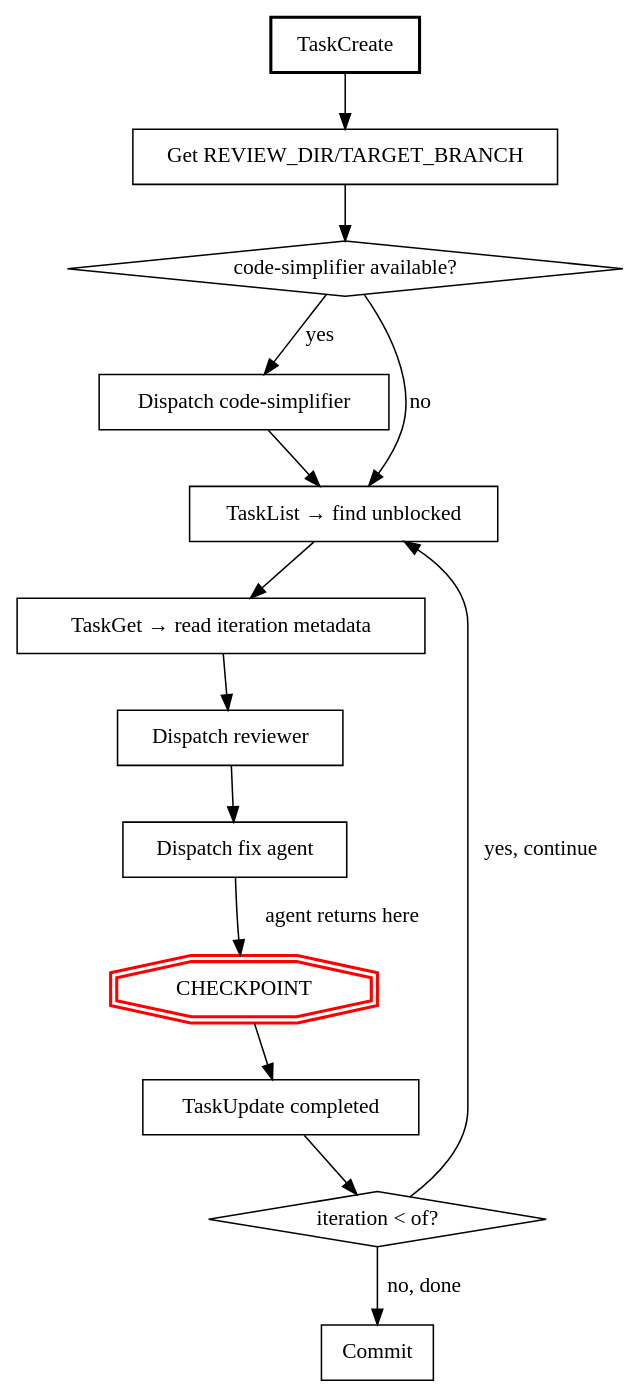
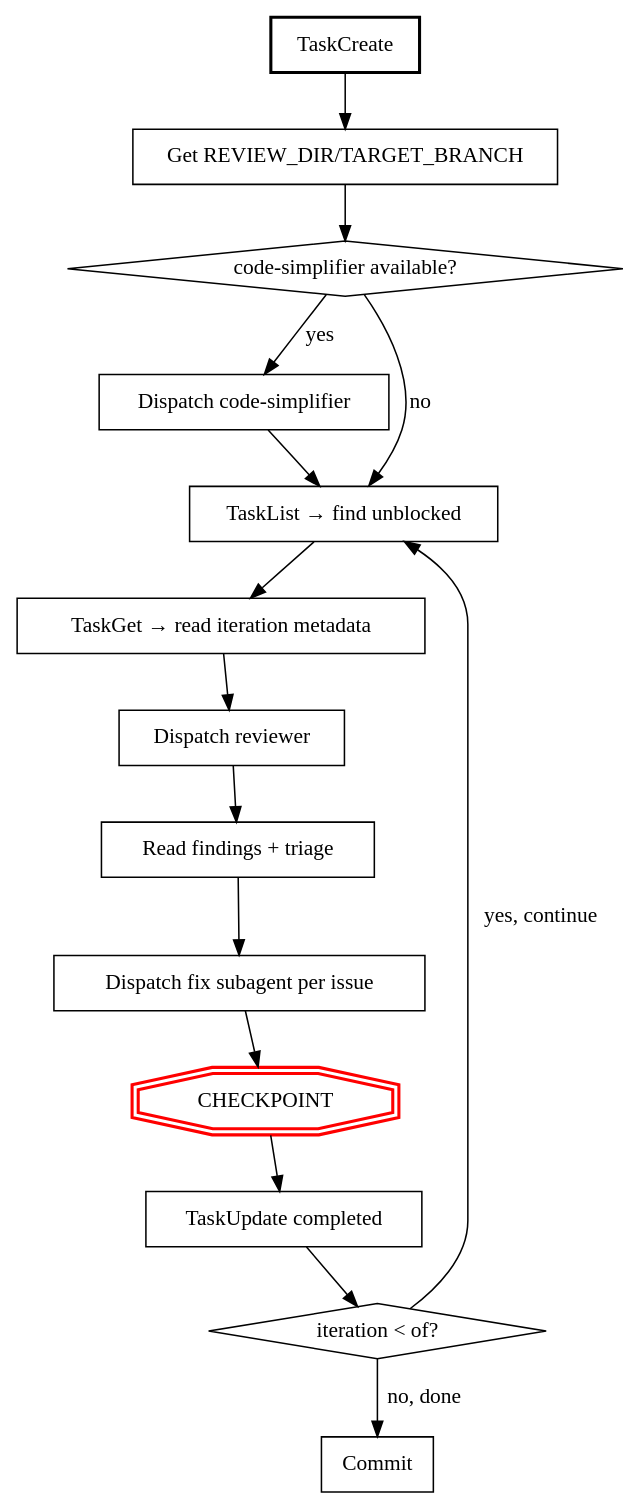
Before and after one commit to onsails/cc: the diagram in review-loop/skills/review-loop/SKILL.md, drawn with Graphviz. The commit also changed other lines of this file and 1 other file, not shown here.

First line of the commit message:
refactor(review-loop): eliminate fix coordinator, dispatch fixes from main context

````diff
--- a/review-loop/skills/review-loop/SKILL.md
+++ b/review-loop/skills/review-loop/SKILL.md
@@ -65,31 +65,33 @@
 ```dot
 digraph review_loop {
     rankdir=TB;
     "TaskCreate" [shape=box, style=bold];
     "Get REVIEW_DIR/TARGET_BRANCH" [shape=box];
     "code-simplifier available?" [shape=diamond];
     "Dispatch code-simplifier" [shape=box];
     "TaskList → find unblocked" [shape=box];
     "TaskGet → read iteration metadata" [shape=box];
     "Dispatch reviewer" [shape=box];
-    "Dispatch fix agent" [shape=box];
+    "Read findings + triage" [shape=box];
+    "Dispatch fix subagent per issue" [shape=box];
     "CHECKPOINT" [shape=doubleoctagon, style=bold, color=red];
     "TaskUpdate completed" [shape=box];
     "iteration < of?" [shape=diamond];
     "Commit" [shape=box];
 
     "TaskCreate" -> "Get REVIEW_DIR/TARGET_BRANCH";
     "Get REVIEW_DIR/TARGET_BRANCH" -> "code-simplifier available?";
     "code-simplifier available?" -> "Dispatch code-simplifier" [label="yes"];
     "code-simplifier available?" -> "TaskList → find unblocked" [label="no"];
     "Dispatch code-simplifier" -> "TaskList → find unblocked";
     "TaskList → find unblocked" -> "TaskGet → read iteration metadata";
     "TaskGet → read iteration metadata" -> "Dispatch reviewer";
-    "Dispatch reviewer" -> "Dispatch fix agent";
-    "Dispatch fix agent" -> "CHECKPOINT" [label="agent returns here"];
+    "Dispatch reviewer" -> "Read findings + triage";
+    "Read findings + triage" -> "Dispatch fix subagent per issue";
+    "Dispatch fix subagent per issue" -> "CHECKPOINT";
     "CHECKPOINT" -> "TaskUpdate completed";
     "TaskUpdate completed" -> "iteration < of?";
     "iteration < of?" -> "TaskList → find unblocked" [label="yes, continue"];
     "iteration < of?" -> "Commit" [label="no, done"];
 }
 ```
````
